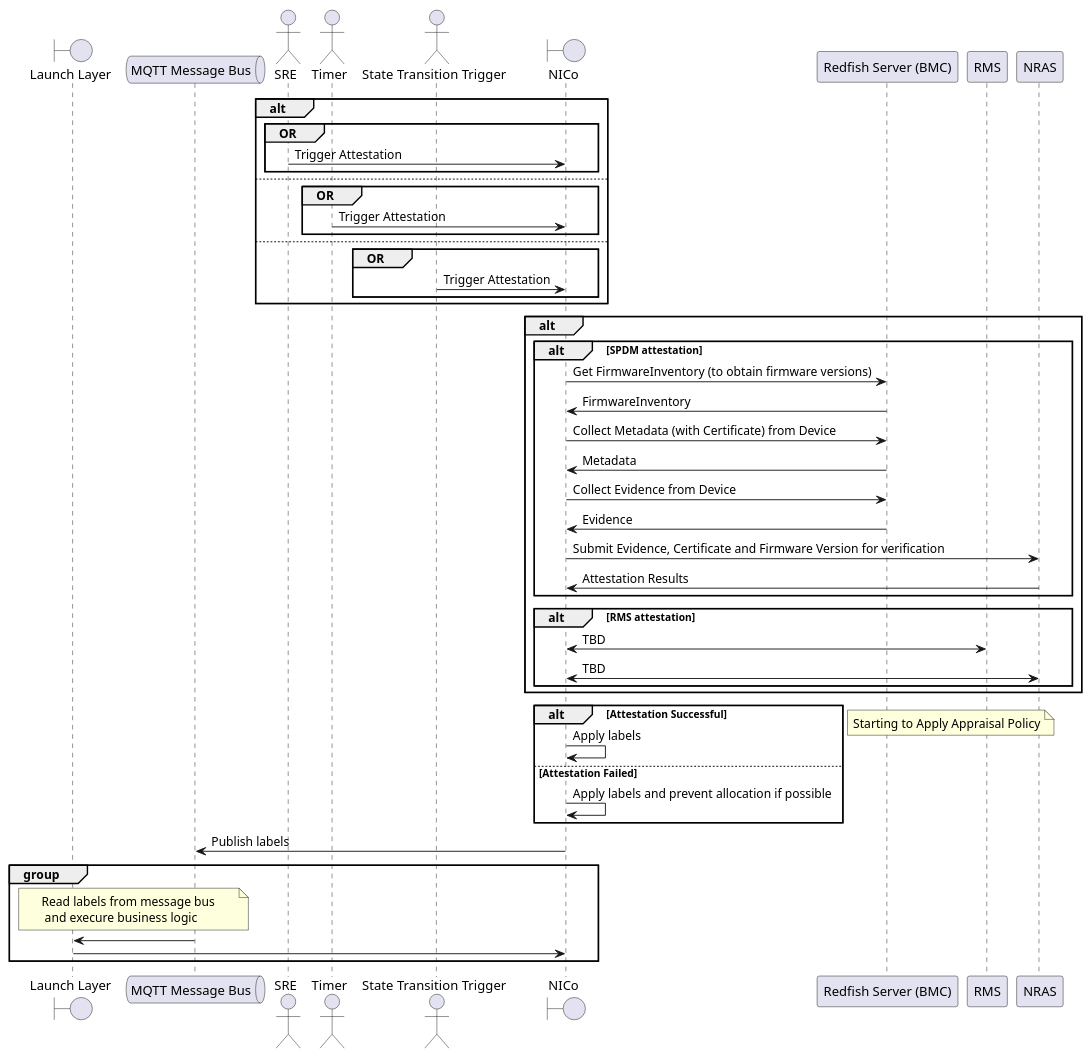
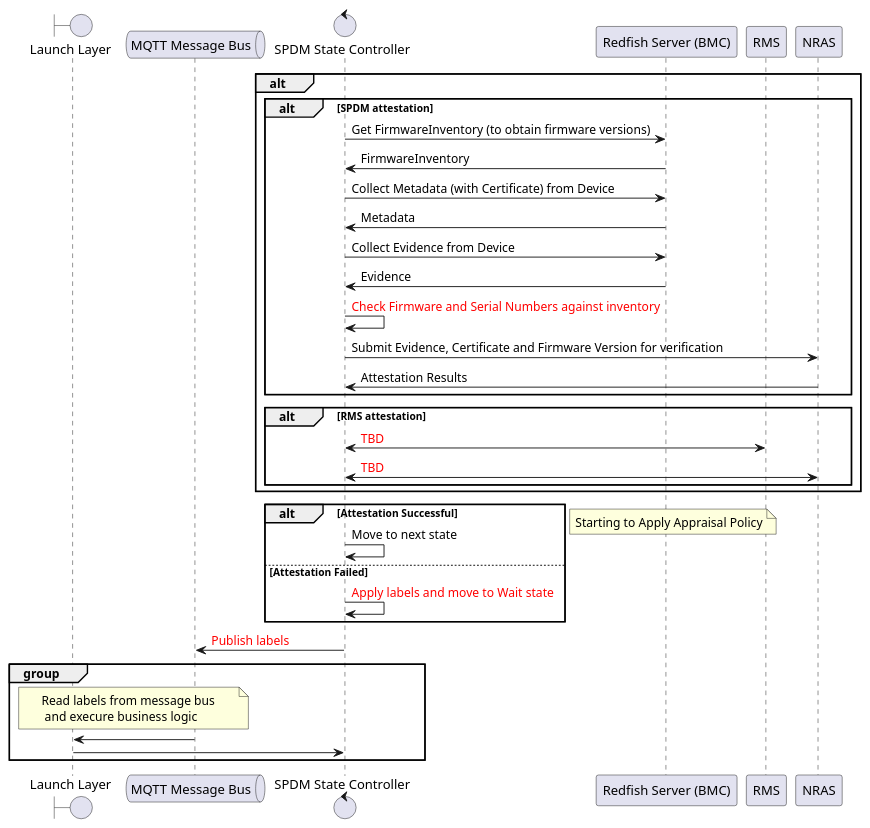
Before and after one commit to kbakanov-dev/bare-metal-manager-core: the second of 4 diagrams in docs/design/nico-attestation/nico-attestation.md, drawn with PlantUML. The commit also changed other lines of this file, not shown here.

Commit message:
updated 3 attestation workflows

````diff
--- a/docs/design/nico-attestation/nico-attestation.md
+++ b/docs/design/nico-attestation/nico-attestation.md
@@ -53,67 +53,53 @@
 ```plantuml
 boundary "Launch Layer" as LL
 queue "MQTT Message Bus" as MBUS
 
-actor SRE as SRE
-actor Timer as TIMER
-actor "State Transition Trigger" as STATE_TRIGGER
-
-boundary NICo as CARBIDE
+control "SPDM State Controller" as CARBIDE
 participant "Redfish Server (BMC)" as DEVICE
 participant RMS as RMS
 participant NRAS as NRAS
 
-alt
-  group OR
-    SRE -> CARBIDE: Trigger Attestation
-  end
-else
-  group OR
-    TIMER -> CARBIDE: Trigger Attestation
-  end
-else
-  group OR
-    STATE_TRIGGER -> CARBIDE: Trigger Attestation
-  end
-end
 
 alt 
 alt SPDM attestation
   CARBIDE -> DEVICE : Get FirmwareInventory (to obtain firmware versions)
   DEVICE -> CARBIDE: FirmwareInventory
 
   CARBIDE -> DEVICE : Collect Metadata (with Certificate) from Device
   DEVICE -> CARBIDE: Metadata
 
   CARBIDE -> DEVICE : Collect Evidence from Device
   DEVICE -> CARBIDE: Evidence
 
+  CARBIDE -> CARBIDE: <color:red>Check Firmware and Serial Numbers against inventory</color>
+
   CARBIDE -> NRAS : Submit Evidence, Certificate and Firmware Version for verification
   NRAS -> CARBIDE: Attestation Results
 end
 
 alt RMS attestation
-  CARBIDE <-> RMS: TBD
-  CARBIDE <-> NRAS: TBD
+  CARBIDE <-> RMS: <color:red>TBD</color>
+  CARBIDE <-> NRAS: <color:red>TBD</color>
 end
+
 
 end
 
 alt Attestation Successful
-  CARBIDE -> CARBIDE : Apply labels
+  CARBIDE -> CARBIDE : Move to next state
 else Attestation Failed
-  CARBIDE -> CARBIDE: Apply labels and prevent allocation if possible
+  CARBIDE -> CARBIDE: <color:red>Apply labels and move to Wait state</color>
 end
 
 note left
   Starting to Apply Appraisal Policy
 end note
 
-CARBIDE -> MBUS: Publish labels
+CARBIDE -> MBUS: <color:red>Publish labels</color>
 
 group 
   note over LL, MBUS: Read labels from message bus \n and execure business logic
   LL <- MBUS: 
   LL -> CARBIDE:
 end
 ```
````
